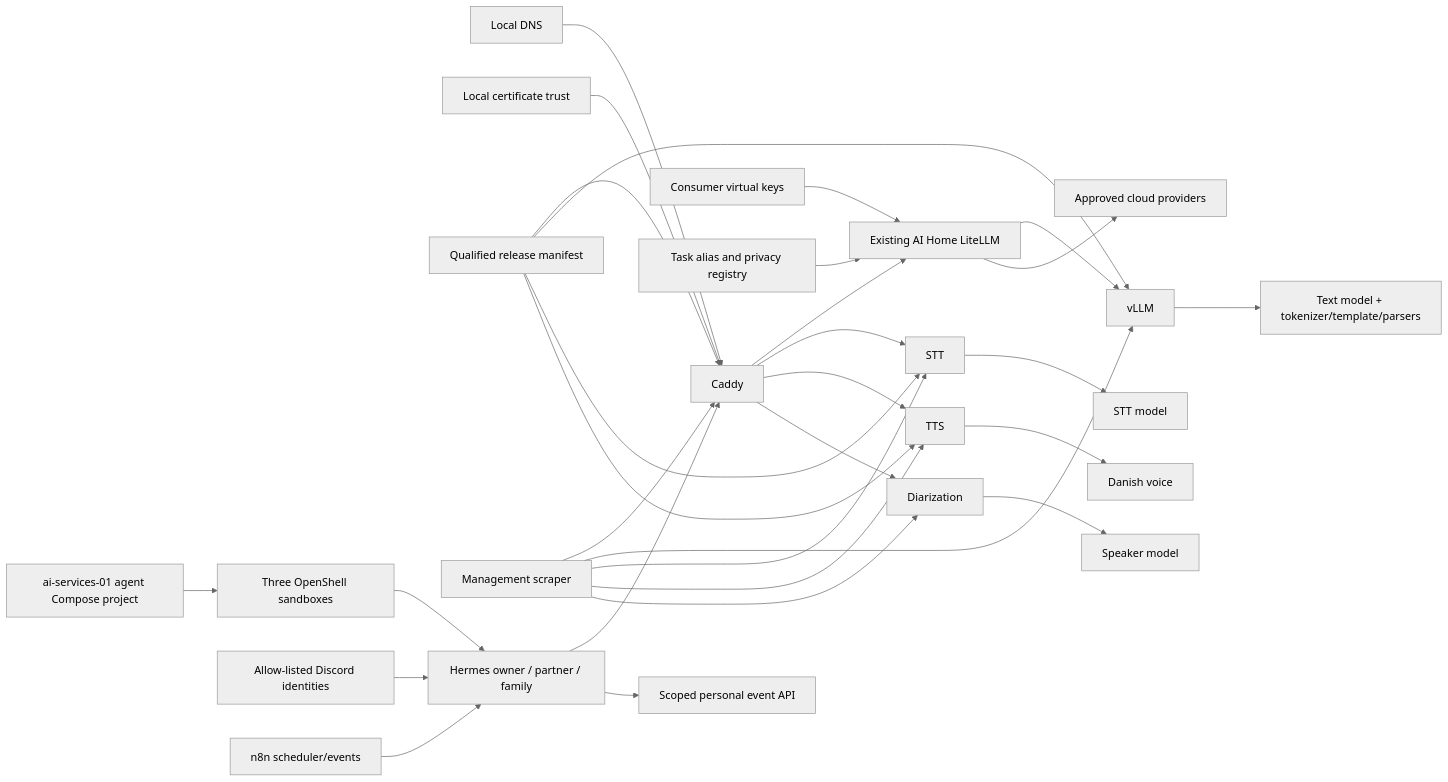
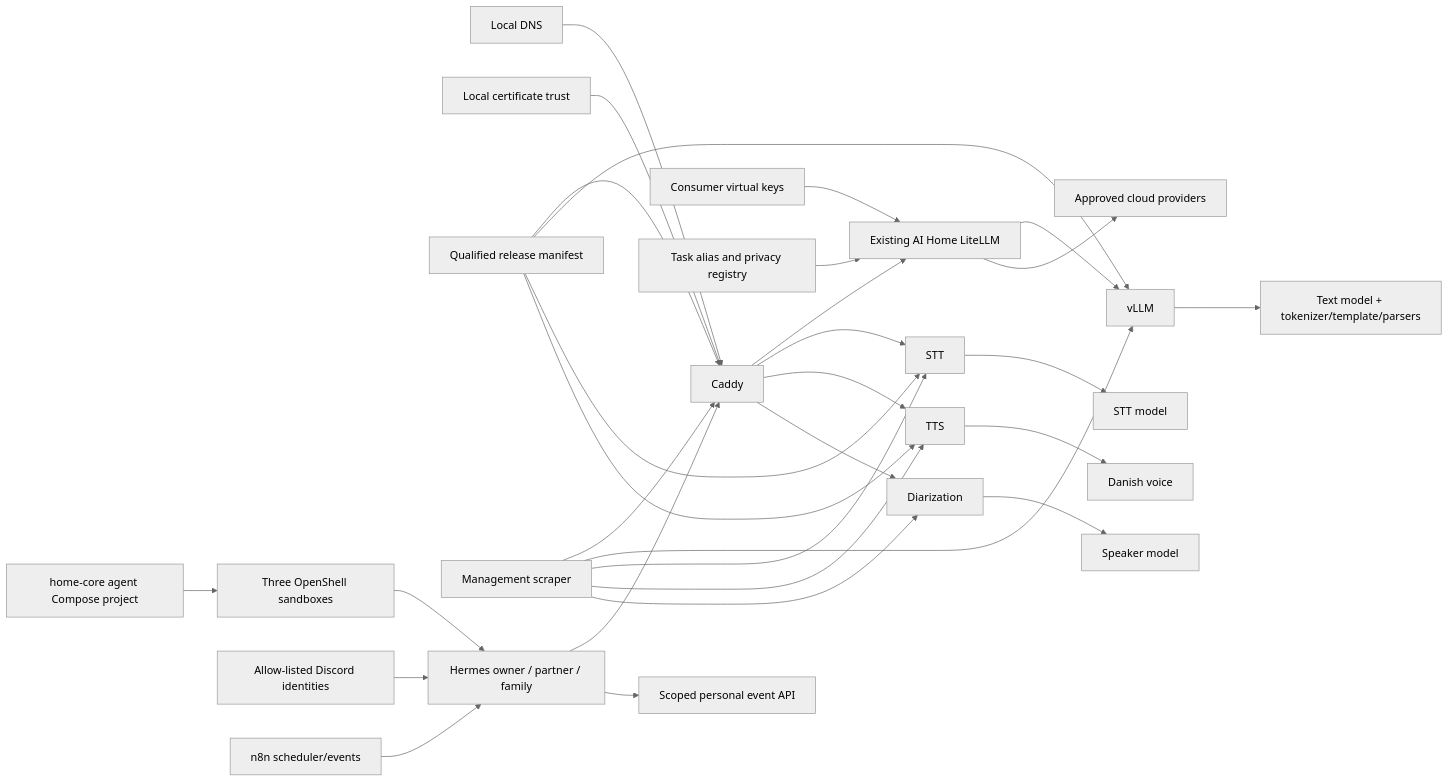
One commit to madslundt/HomeCompute changed the second of 3 diagrams in docs/dependency-graph.md. Above: the diagram before and after it, drawn with Mermaid (neutral theme). The commit also changed other lines of this file and 60 other files, not shown here.

Commit message:
feat: deploy home-core from pinned Git commits

````diff
--- a/docs/dependency-graph.md
+++ b/docs/dependency-graph.md
@@ -48,32 +48,32 @@
 ```mermaid
 flowchart LR
     DNS[Local DNS] --> Edge[Caddy]
     CA[Local certificate trust] --> Edge
     Auth[Consumer virtual keys] --> Router[Existing AI Home LiteLLM]
     Edge --> Router
     Router --> Text[vLLM]
     Router --> Cloud[Approved cloud providers]
     Edge --> STT
     Edge --> TTS
     Edge --> Diar[Diarization]
     Text --> Model[Text model + tokenizer/template/parsers]
     STT --> ASR[STT model]
     TTS --> Voice[Danish voice]
     Diar --> Speaker[Speaker model]
     Manifest[Qualified release manifest] --> Edge
     Manifest --> Text
     Manifest --> STT
     Manifest --> TTS
     Registry[Task alias and privacy registry] --> Router
     Metrics[Management scraper] --> Edge
     Metrics --> Text
     Metrics --> STT
     Metrics --> TTS
     Metrics --> Diar
-    AppHost[ai-services-01 agent Compose project] --> OpenShell[Three OpenShell sandboxes]
+    AppHost[home-core agent Compose project] --> OpenShell[Three OpenShell sandboxes]
     OpenShell --> Hermes[Hermes owner / partner / family]
     Hermes --> Edge
     Hermes --> PersonalAPI[Scoped personal event API]
     Discord[Allow-listed Discord identities] --> Hermes
     N8N[n8n scheduler/events] --> Hermes
 ```
````
